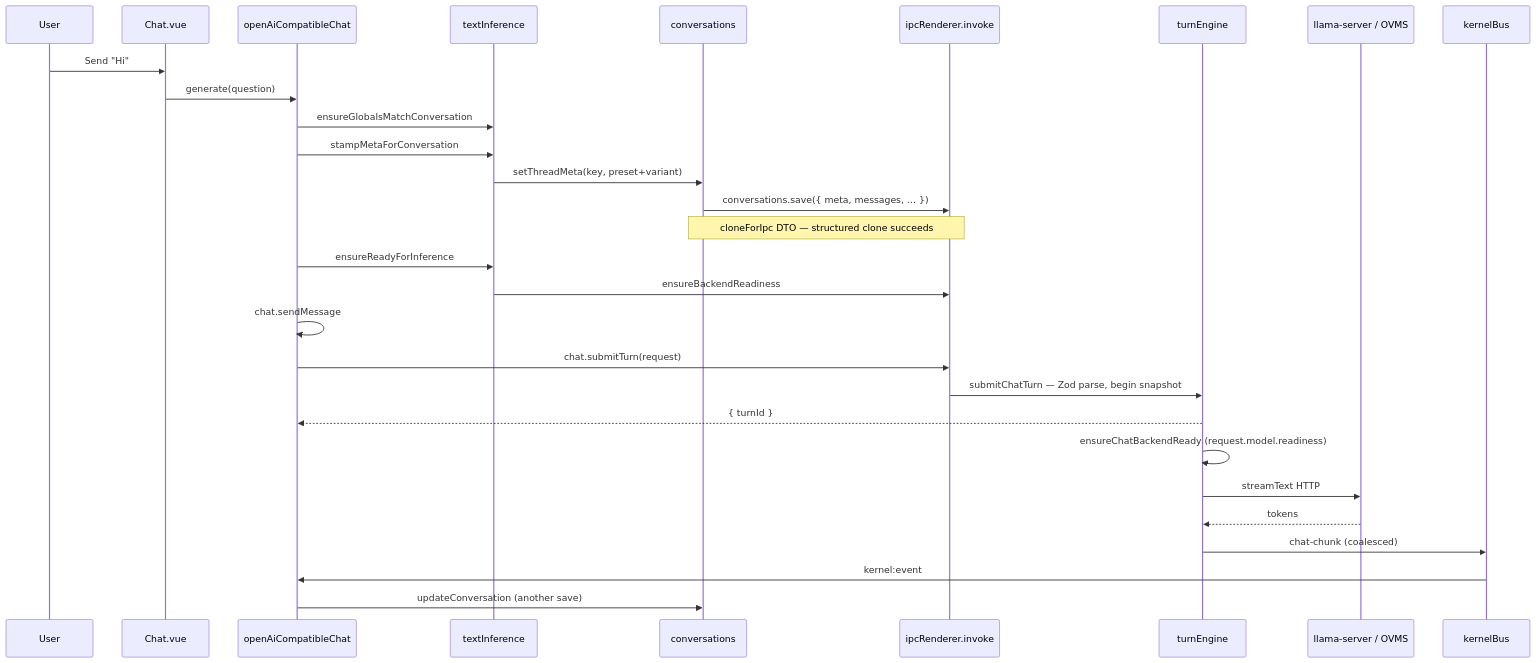
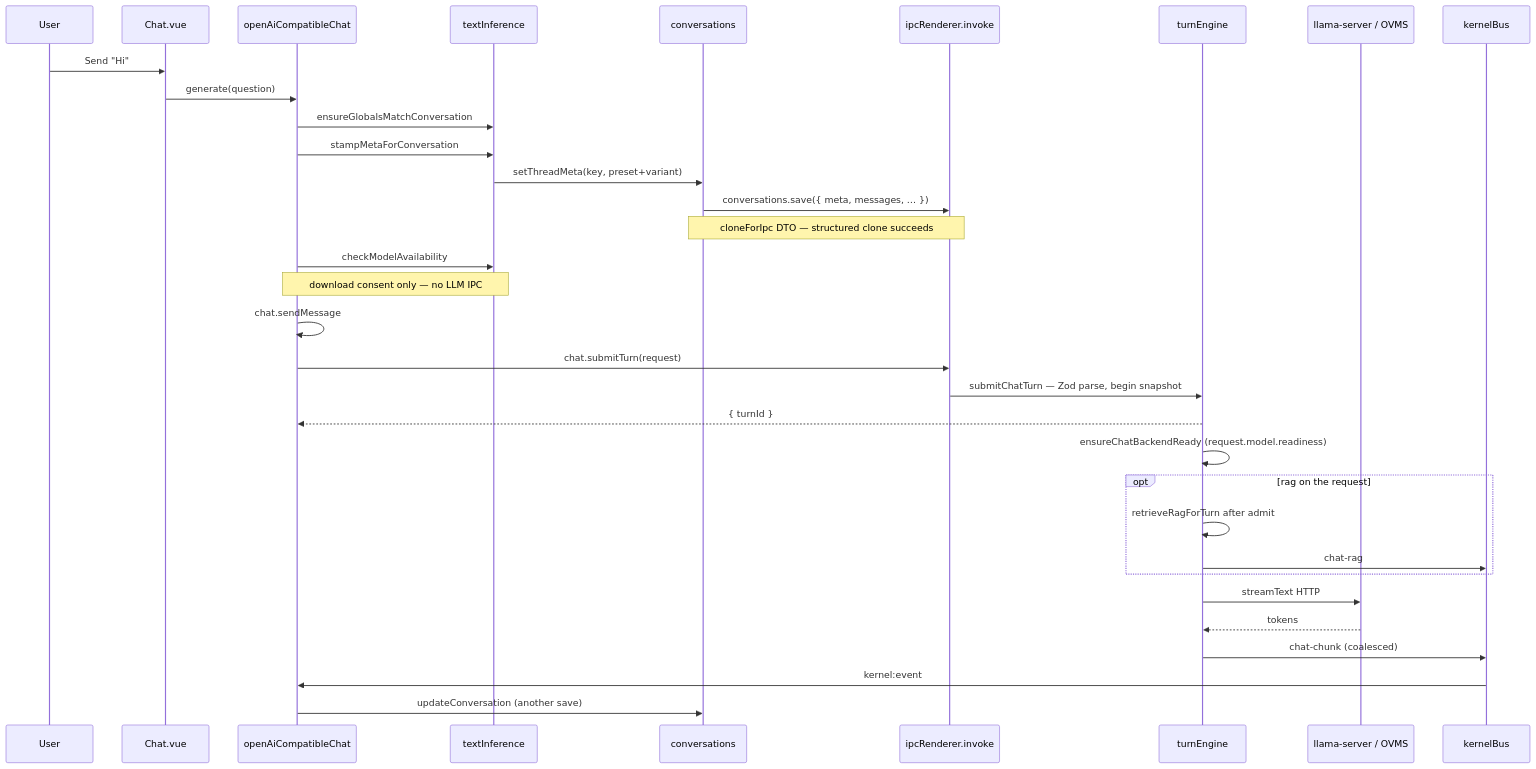
Before and after one commit to TNG/AI-Playground: the fifth of 7 diagrams in docs/architecture-as-landed.md, drawn with Mermaid. The commit also changed other lines of this file and 25 other files, not shown here.

First line of the commit message:
feat: retrieve RAG in the chat engine after GPU admit

````diff
--- a/docs/architecture-as-landed.md
+++ b/docs/architecture-as-landed.md
@@ -245,32 +247,36 @@
 ```mermaid
 sequenceDiagram
   participant U as User
   participant Chat as Chat.vue
   participant Store as openAiCompatibleChat
   participant TI as textInference
   participant Conv as conversations
   participant IPC as ipcRenderer.invoke
   participant Eng as turnEngine
   participant LLM as llama-server / OVMS
   participant Bus as kernelBus
 
   U->>Chat: Send "Hi"
   Chat->>Store: generate(question)
   Store->>TI: ensureGlobalsMatchConversation
   Store->>TI: stampMetaForConversation
   TI->>Conv: setThreadMeta(key, preset+variant)
   Conv->>IPC: conversations.save({ meta, messages, … })
   Note over Conv,IPC: cloneForIpc DTO — structured clone succeeds
-  Store->>TI: ensureReadyForInference
-  TI->>IPC: ensureBackendReadiness
+  Store->>TI: checkModelAvailability
+  Note over Store,TI: download consent only — no LLM IPC
   Store->>Store: chat.sendMessage
   Store->>IPC: chat.submitTurn(request)
   IPC->>Eng: submitChatTurn — Zod parse, begin snapshot
   Eng-->>Store: { turnId }
   Eng->>Eng: ensureChatBackendReady (request.model.readiness)
+  opt rag on the request
+    Eng->>Eng: retrieveRagForTurn after admit
+    Eng->>Bus: chat-rag
+  end
   Eng->>LLM: streamText HTTP
   LLM-->>Eng: tokens
   Eng->>Bus: chat-chunk (coalesced)
   Bus->>Store: kernel:event
   Store->>Conv: updateConversation (another save)
 ```
````
